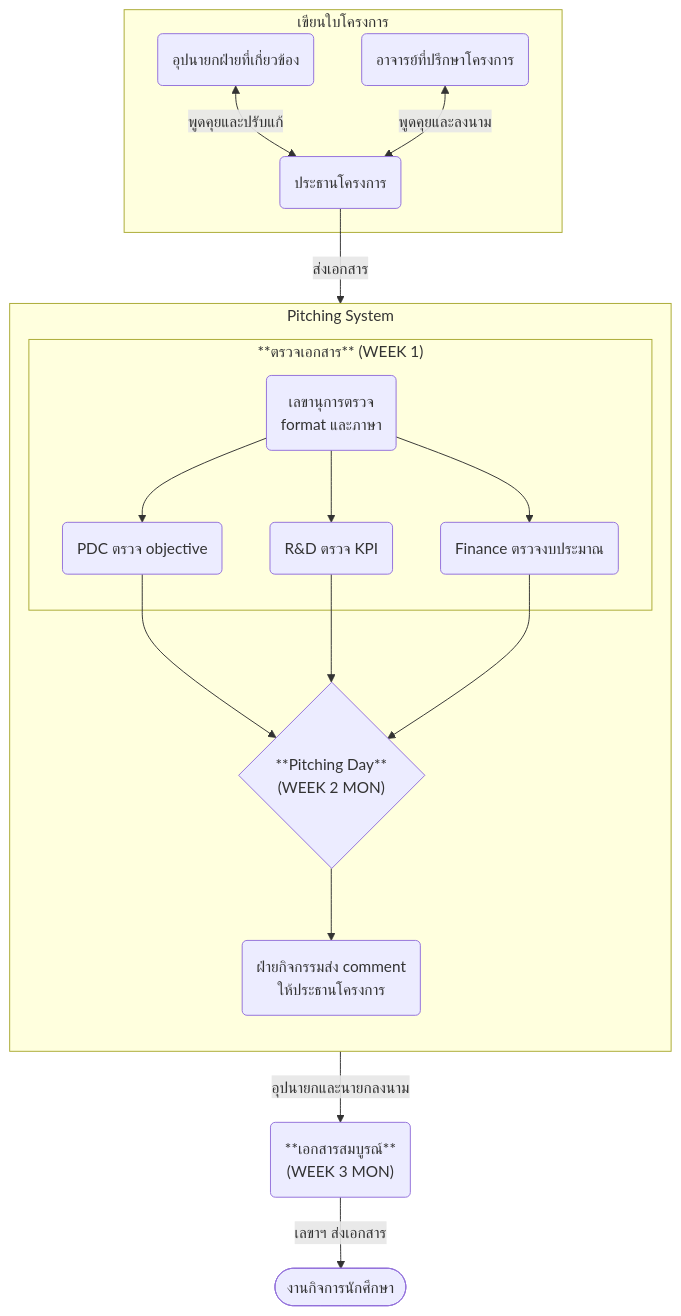
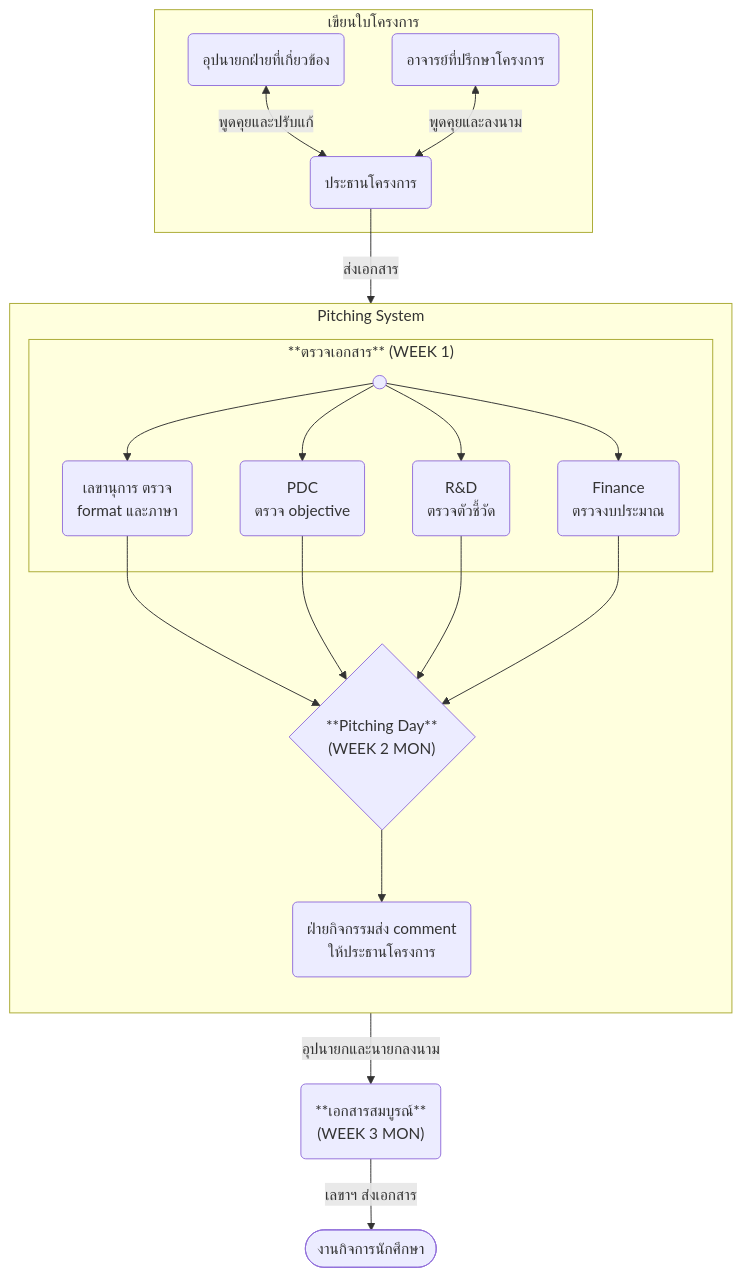
Before and after one commit to SMSUDev/guide: the first of 2 diagrams in sop/project/pitching.mdx, drawn with Mermaid. The commit also changed 43 other files, not shown here.

````diff
--- a/sop/project/pitching.mdx
+++ b/sop/project/pitching.mdx
@@ -11,34 +11,38 @@
 ```mermaid
 flowchart TB
 subgraph pre[เขียนใบโครงการ]
   director(ประธานโครงการ)
   oops(อุปนายกฝ่ายที่เกี่ยวข้อง)
   advisor(อาจารย์ที่ปรึกษาโครงการ)
 end
 subgraph pitch[Pitching System]
 direction TB
   subgraph committee["**ตรวจเอกสาร** (WEEK 1)"]
-    sec(เลขานุการตรวจ
+    start@{ shape: sm-circ }
+    sec(เลขานุการ ตรวจ
     format และภาษา)
-    pdc(PDC ตรวจ objective)
-    rd(R&D ตรวจ KPI)
-    fin(Finance ตรวจงบประมาณ)
+    pdc(PDC
+    ตรวจ objective)
+    rd(R&D
+    ตรวจตัวชี้วัด)
+    fin(Finance
+    ตรวจงบประมาณ)
   end
   pitchday{"**Pitching Day**
   (WEEK 2 MON)"}
   comment(ฝ่ายกิจกรรมส่ง comment
   ให้ประธานโครงการ)
 end
 complete("**เอกสารสมบูรณ์**
 (WEEK 3 MON)")
 sisd([งานกิจการนักศึกษา])
 
 oops <--พูดคุยและปรับแก้--> director
 advisor <--พูดคุยและลงนาม--> director
 director --ส่งเอกสาร--> pitch
-sec --> pdc & rd & fin
-pdc & rd & fin --> pitchday
+start --> sec & pdc & rd & fin
+sec & pdc & rd & fin --> pitchday
 pitchday --> comment
 pitch --อุปนายกและนายกลงนาม--> complete
 complete --เลขาฯ ส่งเอกสาร--> sisd
 ```
````
